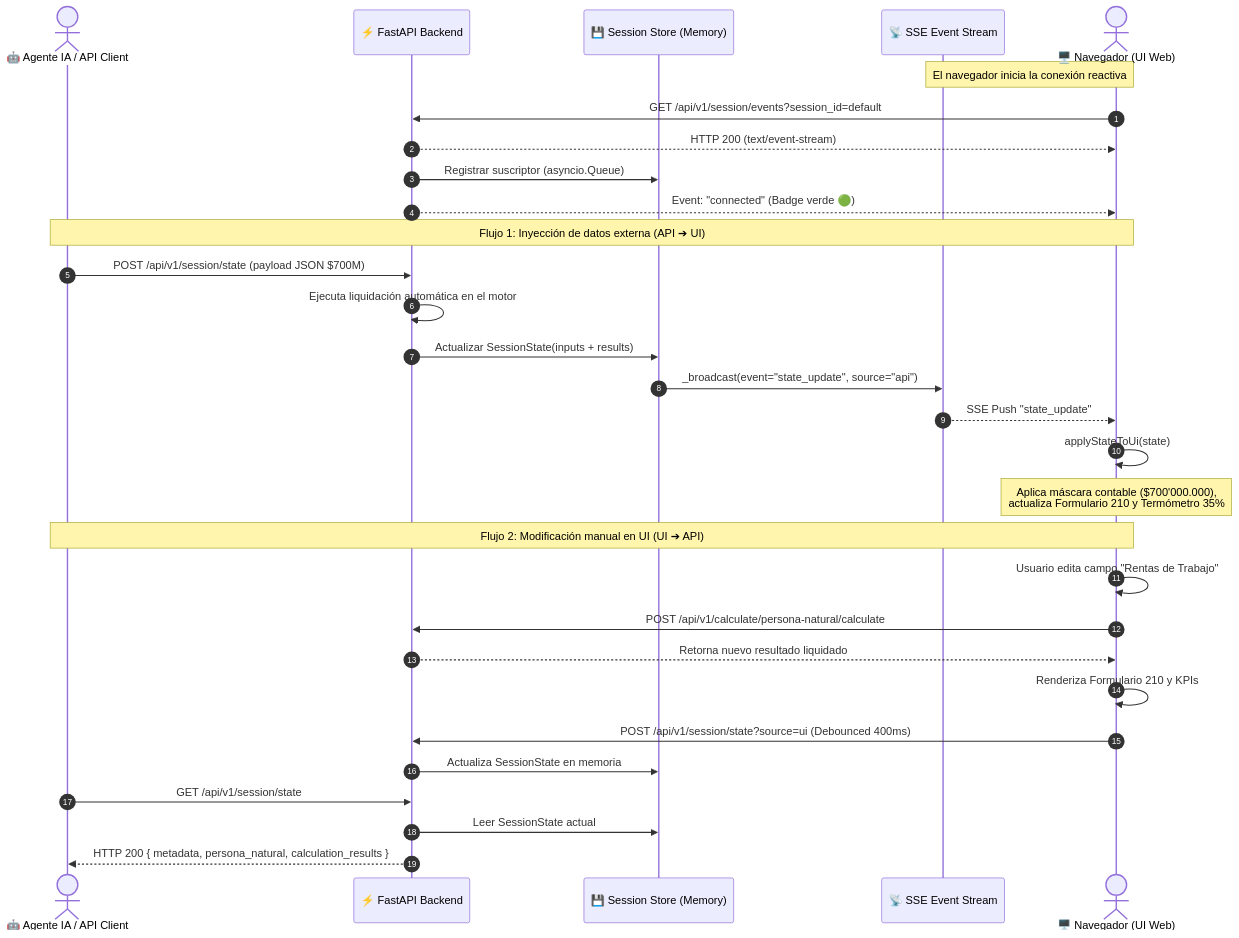
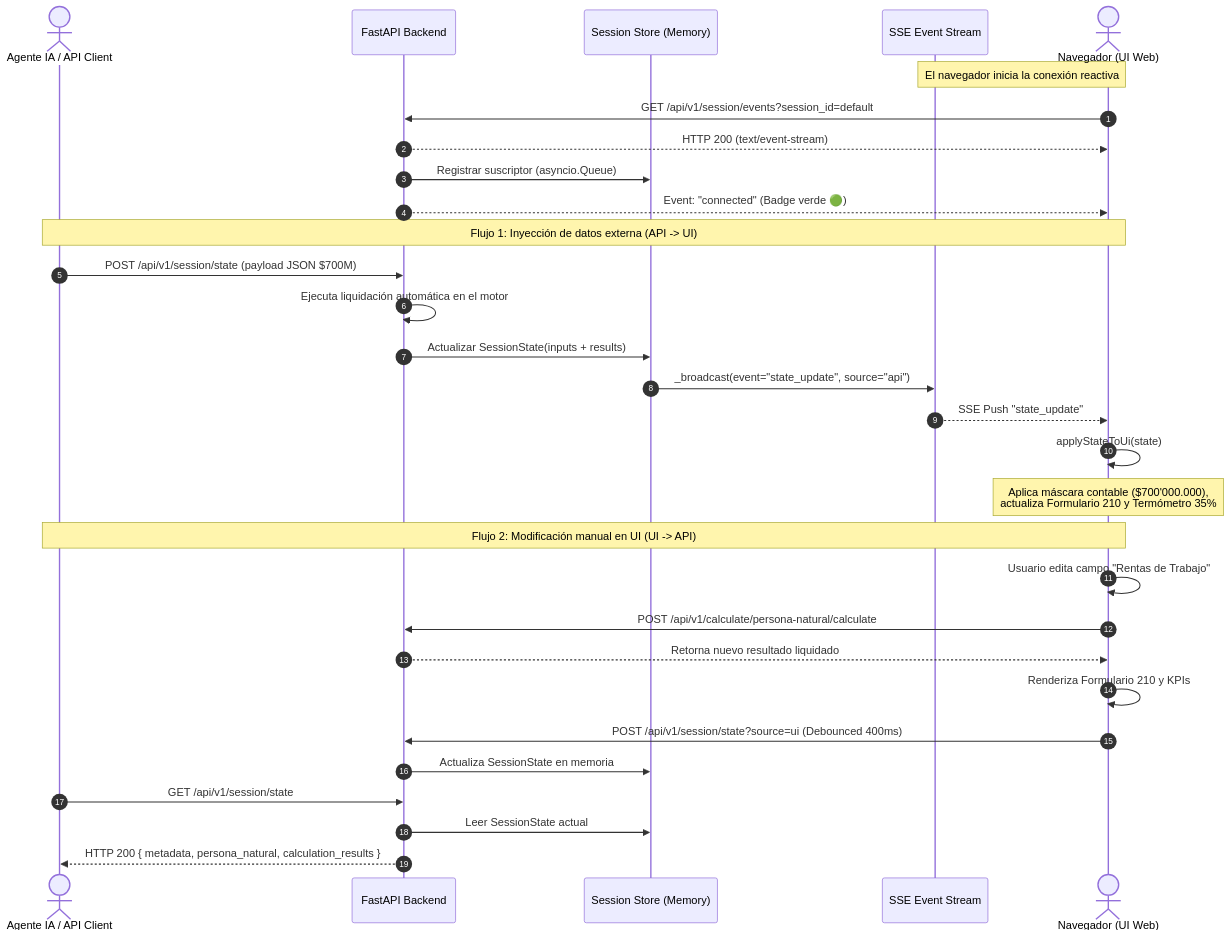
The diagram in docs/reference/architecture/sequence/seq-two-way-sync.md (juansebashr/tribut-ia), drawn with Mermaid before and after one commit. The commit also changed other lines of this file and 22 other files, not shown here.

````diff
--- a/docs/reference/architecture/sequence/seq-two-way-sync.md
+++ b/docs/reference/architecture/sequence/seq-two-way-sync.md
@@ -5,40 +5,40 @@
 ```mermaid
 sequenceDiagram
-    autonumber
-    actor Agente as 🤖 Agente IA / API Client
-    participant API as ⚡ FastAPI Backend
-    participant Store as 💾 Session Store (Memory)
-    participant SSE as 📡 SSE Event Stream
-    actor Browser as 🖥️ Navegador (UI Web)
+autonumber
+actor Agente as Agente IA / API Client
+participant API as FastAPI Backend
+participant Store as Session Store (Memory)
+participant SSE as SSE Event Stream
+actor Browser as Navegador (UI Web)
 
-    %% Conexión inicial
-    Note over Browser, SSE: El navegador inicia la conexión reactiva
-    Browser->>API: GET /api/v1/session/events?session_id=default
-    API-->>Browser: HTTP 200 (text/event-stream)
-    API->>Store: Registrar suscriptor (asyncio.Queue)
-    API-->>Browser: Event: "connected" (Badge verde 🟢)
+%% Conexión inicial
+Note over Browser, SSE: El navegador inicia la conexión reactiva
+Browser->>API: GET /api/v1/session/events?session_id=default
+API-->>Browser: HTTP 200 (text/event-stream)
+API->>Store: Registrar suscriptor (asyncio.Queue)
+API-->>Browser: Event: "connected" (Badge verde 🟢)
 
-    %% Inyección desde el exterior
-    Note over Agente, Browser: Flujo 1: Inyección de datos externa (API ➔ UI)
-    Agente->>API: POST /api/v1/session/state (payload JSON $700M)
-    API->>API: Ejecuta liquidación automática en el motor
-    API->>Store: Actualizar SessionState(inputs + results)
-    Store->>SSE: _broadcast(event="state_update", source="api")
-    SSE-->>Browser: SSE Push "state_update"
-    Browser->>Browser: applyStateToUi(state)
-    Note over Browser: Aplica máscara contable ($700'000.000),<br/>actualiza Formulario 210 y Termómetro 35%
+%% Inyección desde el exterior
+Note over Agente, Browser: Flujo 1: Inyección de datos externa (API -> UI)
+Agente->>API: POST /api/v1/session/state (payload JSON $700M)
+API->>API: Ejecuta liquidación automática en el motor
+API->>Store: Actualizar SessionState(inputs + results)
+Store->>SSE: _broadcast(event="state_update", source="api")
+SSE-->>Browser: SSE Push "state_update"
+Browser->>Browser: applyStateToUi(state)
+Note over Browser: Aplica máscara contable ($700'000.000),<br/>actualiza Formulario 210 y Termómetro 35%
 
-    %% Modificación manual en UI
-    Note over Browser, Agente: Flujo 2: Modificación manual en UI (UI ➔ API)
-    Browser->>Browser: Usuario edita campo "Rentas de Trabajo"
-    Browser->>API: POST /api/v1/calculate/persona-natural/calculate
-    API-->>Browser: Retorna nuevo resultado liquidado
-    Browser->>Browser: Renderiza Formulario 210 y KPIs
-    Browser->>API: POST /api/v1/session/state?source=ui (Debounced 400ms)
-    API->>Store: Actualiza SessionState en memoria
+%% Modificación manual en UI
+Note over Browser, Agente: Flujo 2: Modificación manual en UI (UI -> API)
+Browser->>Browser: Usuario edita campo "Rentas de Trabajo"
+Browser->>API: POST /api/v1/calculate/persona-natural/calculate
+API-->>Browser: Retorna nuevo resultado liquidado
+Browser->>Browser: Renderiza Formulario 210 y KPIs
+Browser->>API: POST /api/v1/session/state?source=ui (Debounced 400ms)
+API->>Store: Actualiza SessionState en memoria
 
-    %% Consulta externa de lo que está en pantalla
-    Agente->>API: GET /api/v1/session/state
-    API->>Store: Leer SessionState actual
-    API-->>Agente: HTTP 200 { metadata, persona_natural, calculation_results }
+%% Consulta externa de lo que está en pantalla
+Agente->>API: GET /api/v1/session/state
+API->>Store: Leer SessionState actual
+API-->>Agente: HTTP 200 { metadata, persona_natural, calculation_results }
 ```
````
